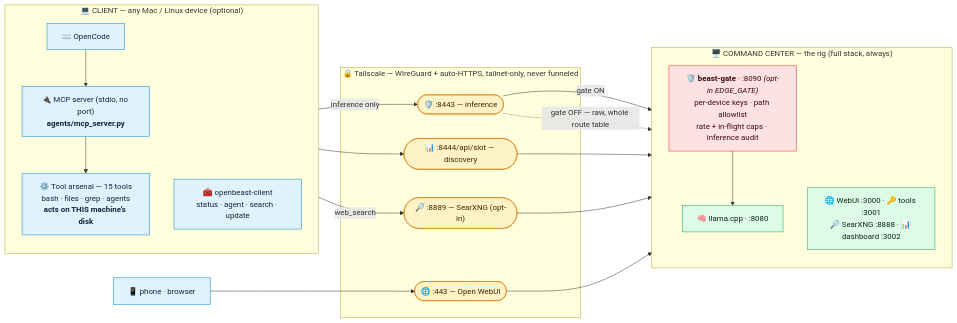
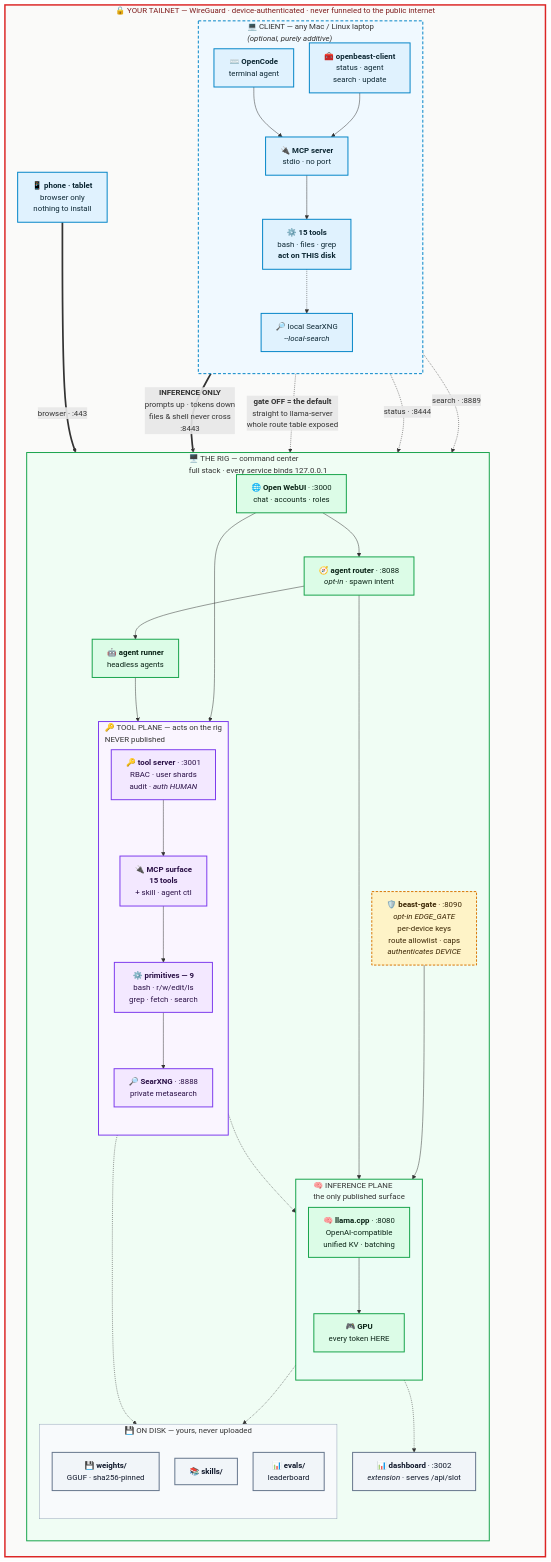
One commit to MaximilianKhan/openbeast changed the diagram in README.md. Above: the diagram before and after it, drawn with Mermaid. The commit also changed other lines of this file, not shown here.

````diff
--- a/README.md
+++ b/README.md
@@ -172,46 +172,92 @@
 ```mermaid
-flowchart LR
-    subgraph CLIENT["💻 CLIENT — any Mac / Linux device (optional)"]
-        direction TB
-        coc["⌨️ OpenCode"]
-        cmcp["🔌 MCP server (stdio, no port)<br/><b>agents/mcp_server.py</b>"]
-        ctools["⚙️ Tool arsenal — 15 tools<br/>bash · files · grep · agents<br/><b>acts on THIS machine's disk</b>"]
-        ccli["🧰 openbeast-client<br/>status · agent · search · update"]
-        coc --> cmcp --> ctools
+%%{init: {"flowchart": {"htmlLabels": true, "curve": "basis", "nodeSpacing": 32, "rankSpacing": 40}}}%%
+flowchart TB
+  subgraph TAILNET["🔒 YOUR TAILNET — WireGuard · device-authenticated · never funneled to the public internet"]
+    direction TB
+
+    subgraph CLIENTBOX["💻 CLIENT — any Mac / Linux laptop<br/><i>(optional, purely additive)</i>"]
+      direction TB
+      coc["⌨️ <b>OpenCode</b><br/>terminal agent"]
+      ccli["🧰 <b>openbeast-client</b><br/>status · agent<br/>search · update"]
+      cmcp["🔌 <b>MCP server</b><br/>stdio · no port"]
+      ctools["⚙️ <b>15 tools</b><br/>bash · files · grep<br/><b>act on THIS disk</b>"]
+      csx["🔎 local SearXNG<br/><i>--local-search</i>"]
+      coc --> cmcp
+      ccli --> cmcp
+      cmcp --> ctools
+      ctools -.-> csx
     end
 
-    subgraph TAILNET["🔒 Tailscale — WireGuard + auto-HTTPS, tailnet-only, never funneled"]
-        p8443(["🛡️ :8443 — inference"])
-        p8444(["📊 :8444/api/slot — discovery"])
-        p8889(["🔎 :8889 — SearXNG (opt-in)"])
-        p443(["🌐 :443 — Open WebUI"])
+    phone["📱 <b>phone · tablet</b><br/>browser only<br/>nothing to install"]
+
+    subgraph RIG["🖥️ THE RIG — command center<br/>full stack · every service binds 127.0.0.1"]
+      direction TB
+
+      dash["📊 <b>dashboard</b> · :3002<br/><i>extension</i> · serves /api/slot"]
+      gate["🛡️ <b>beast-gate</b> · :8090<br/><i>opt-in EDGE_GATE</i><br/>per-device keys<br/>route allowlist · caps<br/><i>authenticates DEVICE</i>"]
+
+      webui["🌐 <b>Open WebUI</b> · :3000<br/>chat · accounts · roles"]
+      router["🧭 <b>agent router</b> · :8088<br/><i>opt-in</i> · spawn intent"]
+      runner["🤖 <b>agent runner</b><br/>headless agents"]
+
+      subgraph TOOLPLANE["🔑 TOOL PLANE — acts on the rig<br/>NEVER published"]
+        direction TB
+        idsrv["🔑 <b>tool server</b> · :3001<br/>RBAC · user shards<br/>audit · <i>auth HUMAN</i>"]
+        mcp["🔌 <b>MCP surface</b><br/><b>15 tools</b><br/>+ skill · agent ctl"]
+        prim["⚙️ <b>primitives — 9</b><br/>bash · r/w/edit/ls<br/>grep · fetch · search"]
+        searx["🔎 <b>SearXNG</b> · :8888<br/>private metasearch"]
+        idsrv --> mcp
+        mcp --> prim
+        prim --> searx
+      end
+
+      subgraph INFPLANE["🧠 INFERENCE PLANE<br/>the only published surface"]
+        direction TB
+        llama["🧠 <b>llama.cpp</b> · :8080<br/>OpenAI-compatible<br/>unified KV · batching"]
+        gpu["🎮 <b>GPU</b><br/>every token HERE"]
+        llama --> gpu
+      end
+
+      subgraph ASSETS["💾 ON DISK — yours, never uploaded"]
+        direction TB
+        weights["💾 <b>weights/</b><br/>GGUF · sha256-pinned"]
+        skills["📚 <b>skills/</b>"]
+        evals["📊 <b>evals/</b><br/>leaderboard"]
+      end
+
+      webui --> idsrv
+      webui --> router
+      router --> runner
+      runner --> prim
+      gate --> llama
+      router --> llama
+      prim -.-> llama
+      llama -.-> weights
+      llama -.-> dash
+      mcp -.-> skills
     end
+  end
 
-    subgraph RIG["🖥️ COMMAND CENTER — the rig (full stack, always)"]
-        direction TB
-        gate["🛡️ <b>beast-gate</b> · :8090 <i>(opt-in EDGE_GATE)</i><br/>per-device keys · path allowlist<br/>rate + in-flight caps · inference audit"]
-        llama2["🧠 llama.cpp · :8080"]
-        rest["🌐 WebUI :3000 · 🔑 tools :3001<br/>🔎 SearXNG :8888 · 📊 dashboard :3002"]
-        gate --> llama2
-    end
+  ctools ==>|"<b>INFERENCE ONLY</b><br/>prompts up · tokens down<br/>files &amp; shell never cross<br/>:8443"| gate
+  ctools -.->|"<b>gate OFF = the default</b><br/>straight to llama-server<br/>whole route table exposed"| llama
+  phone ==>|"browser · :443"| webui
+  ccli -.->|"status · :8444"| dash
+  ctools -.->|"search · :8889"| searx
 
-    ctools -->|"inference only"| p8443
-    ctools -->|"web_search"| p8889
-    ccli --> p8444
-    phone["📱 phone · browser"] --> p443
-
-    p8443 -->|"gate ON"| gate
-    p8443 -.->|"gate OFF — raw, whole route table"| llama2
-    p8444 --> rest
-    p8889 --> rest
-    p443 --> rest
-
-    classDef cli fill:#e0f2fe,stroke:#0284c7,color:#0c2733;
-    classDef net fill:#fef3c7,stroke:#d97706,color:#3a2503;
-    classDef rig fill:#dcfce7,stroke:#16a34a,color:#0b2417;
-    classDef sec fill:#fee2e2,stroke:#dc2626,color:#3b0a0a;
-    class coc,cmcp,ctools,ccli,phone cli;
-    class p8443,p8444,p8889,p443 net;
-    class llama2,rest rig;
-    class gate sec;
+  classDef cli fill:#e0f2fe,stroke:#0284c7,stroke-width:2px,color:#0c2733;
+  classDef rig fill:#dcfce7,stroke:#16a34a,stroke-width:2px,color:#0b2417;
+  classDef sec fill:#fef3c7,stroke:#d97706,stroke-width:2px,stroke-dasharray:5 3,color:#3a2503;
+  classDef tool fill:#f3e8ff,stroke:#7c3aed,stroke-width:2px,color:#2a1046;
+  classDef store fill:#f1f5f9,stroke:#64748b,stroke-width:2px,color:#0f172a;
+  class coc,ccli,cmcp,ctools,csx,phone cli;
+  class webui,router,runner,llama,gpu rig;
+  class gate sec;
+  class idsrv,mcp,prim,searx tool;
+  class weights,skills,evals,dash store;
+  style TAILNET fill:#fafaf9,stroke:#dc2626,stroke-width:3px,color:#7f1d1d;
+  style CLIENTBOX fill:#f0f9ff,stroke:#0284c7,stroke-width:2px,stroke-dasharray:6 4;
+  style RIG fill:#f0fdf4,stroke:#16a34a,stroke-width:2px;
+  style TOOLPLANE fill:#faf5ff,stroke:#7c3aed,stroke-width:2px;
+  style INFPLANE fill:#ecfdf5,stroke:#16a34a,stroke-width:2px;
+  style ASSETS fill:#f8fafc,stroke:#94a3b8,stroke-width:1px;
 ```
````
